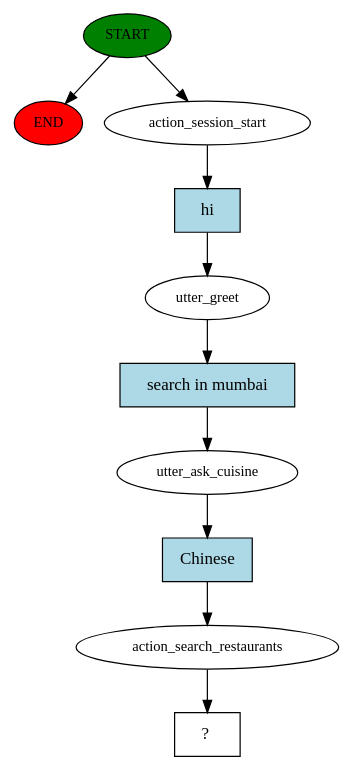
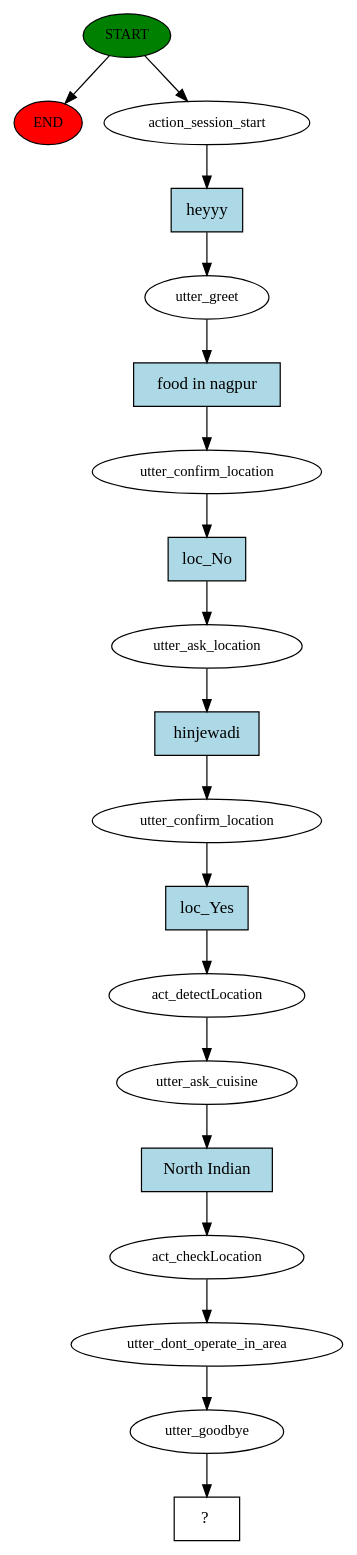
The diagram in story_graph.dot (kalpesh94552/Zomato_API_Chatbot), drawn with Graphviz before and after one commit. The commit also changed 3862 other files, not shown here.

```diff
--- a/story_graph.dot
+++ b/story_graph.dot
@@ -1,21 +1,39 @@
 digraph  {
 0 [class="start active", fillcolor=green, fontsize=12, label=START, style=filled];
 "-1" [class=end, fillcolor=red, fontsize=12, label=END, style=filled];
 1 [class=active, fontsize=12, label=action_session_start];
 2 [class=active, fontsize=12, label=utter_greet];
-3 [class=active, fontsize=12, label=utter_ask_cuisine];
-4 [class=active, fontsize=12, label=action_search_restaurants];
-5 [class="intent dashed active", label="  ?  ", shape=rect];
-6 [class="intent active", fillcolor=lightblue, label=hi, shape=rect, style=filled];
-7 [class="intent active", fillcolor=lightblue, label="search in mumbai", shape=rect, style=filled];
-8 [class="intent active", fillcolor=lightblue, label=Chinese, shape=rect, style=filled];
+3 [class=active, fontsize=12, label=utter_confirm_location];
+4 [class=active, fontsize=12, label=utter_ask_location];
+5 [class=active, fontsize=12, label=utter_confirm_location];
+6 [class=active, fontsize=12, label=act_detectLocation];
+7 [class=active, fontsize=12, label=utter_ask_cuisine];
+8 [class=active, fontsize=12, label=act_checkLocation];
+9 [class=active, fontsize=12, label=utter_dont_operate_in_area];
+10 [class=active, fontsize=12, label=utter_goodbye];
+11 [class="intent dashed active", label="  ?  ", shape=rect];
+12 [class="intent active", fillcolor=lightblue, label=heyyy, shape=rect, style=filled];
+13 [class="intent active", fillcolor=lightblue, label="food in nagpur", shape=rect, style=filled];
+14 [class="intent active", fillcolor=lightblue, label=loc_No, shape=rect, style=filled];
+15 [class="intent active", fillcolor=lightblue, label=hinjewadi, shape=rect, style=filled];
+16 [class="intent active", fillcolor=lightblue, label=loc_Yes, shape=rect, style=filled];
+17 [class="intent active", fillcolor=lightblue, label="North Indian", shape=rect, style=filled];
 0 -> "-1"  [class="", key=NONE, label=""];
 0 -> 1  [class=active, key=NONE, label=""];
-1 -> 6  [class=active, key=0];
-2 -> 7  [class=active, key=0];
-3 -> 8  [class=active, key=0];
-4 -> 5  [class=active, key=NONE, label=""];
-6 -> 2  [class=active, key=0];
-7 -> 3  [class=active, key=0];
-8 -> 4  [class=active, key=0];
+1 -> 12  [class=active, key=0];
+2 -> 13  [class=active, key=0];
+3 -> 14  [class=active, key=0];
+4 -> 15  [class=active, key=0];
+5 -> 16  [class=active, key=0];
+6 -> 7  [class=active, key=NONE, label=""];
+7 -> 17  [class=active, key=0];
+8 -> 9  [class=active, key=NONE, label=""];
+9 -> 10  [class=active, key=NONE, label=""];
+10 -> 11  [class=active, key=NONE, label=""];
+12 -> 2  [class=active, key=0];
+13 -> 3  [class=active, key=0];
+14 -> 4  [class=active, key=0];
+15 -> 5  [class=active, key=0];
+16 -> 6  [class=active, key=0];
+17 -> 8  [class=active, key=0];
 }
```
